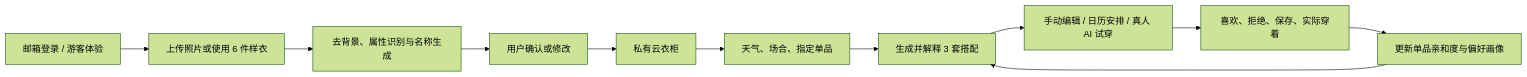
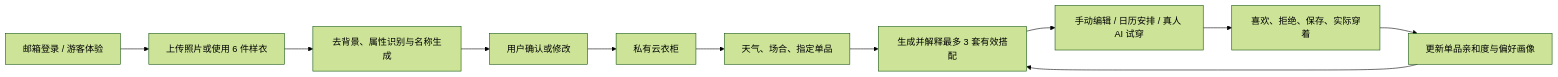
Before and after one commit to XinyuGao888/muse-closet-ai: the second of 3 diagrams in README.md, drawn with Mermaid (forest theme). The commit also changed other lines of this file and 10 other files, not shown here.

````diff
--- a/README.md
+++ b/README.md
@@ -82,13 +82,13 @@
 ```mermaid
 flowchart LR
   A["邮箱登录 / 游客体验"] --> B["上传照片或使用 6 件样衣"]
   B --> C["去背景、属性识别与名称生成"]
   C --> D["用户确认或修改"]
   D --> E["私有云衣柜"]
   E --> F["天气、场合、指定单品"]
-  F --> G["生成并解释 3 套搭配"]
+  F --> G["生成并解释最多 3 套有效搭配"]
   G --> H["手动编辑 / 日历安排 / 真人 AI 试穿"]
   H --> I["喜欢、拒绝、保存、实际穿着"]
   I --> J["更新单品亲和度与偏好画像"]
   J --> G
 ```
````
